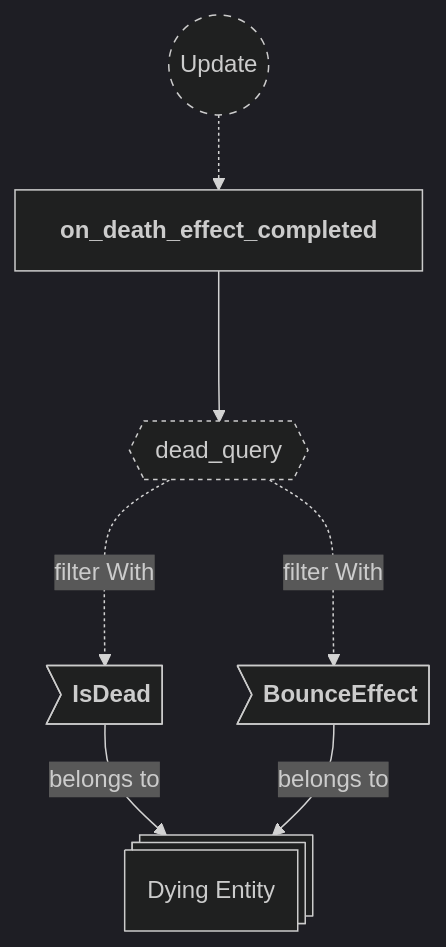
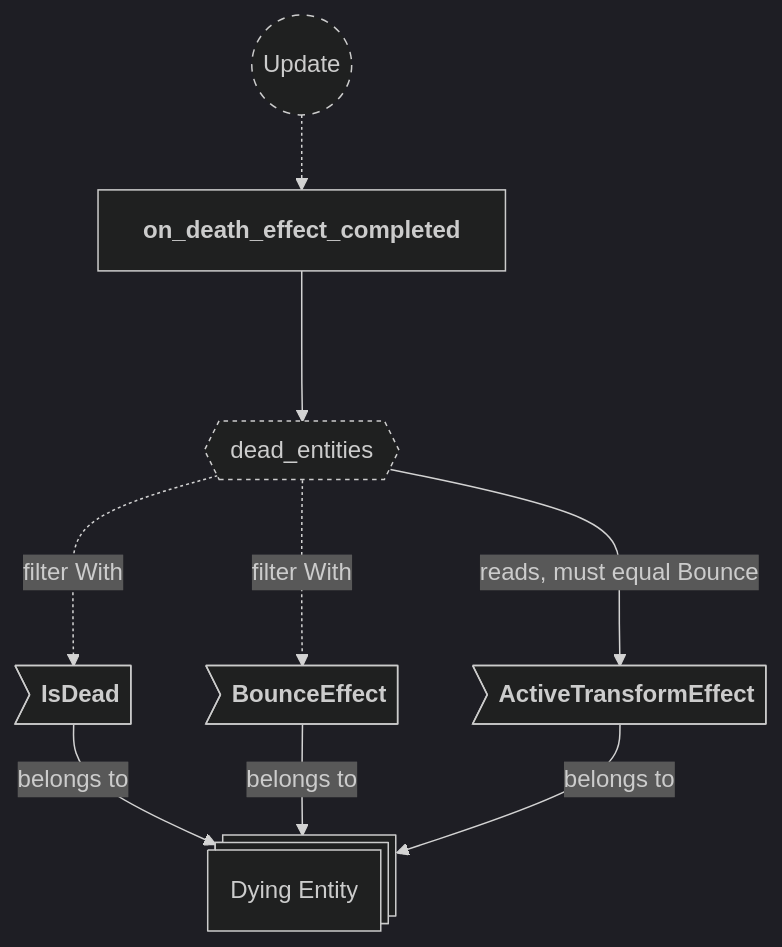
Diagram 17 of 25 in backlog/docs/doc-10 - 008-Effects-plugin.md (neurosoup/tyled), drawn with Mermaid before and after one commit. The commit also changed other lines of this file and 14 other files, not shown here.

First line of the commit message:
Add beam-origin illumination and fix knockback transform-effect race

````diff
--- a/backlog/docs/doc-10 - 008-Effects-plugin.md
+++ b/backlog/docs/doc-10 - 008-Effects-plugin.md
@@ -515,26 +733,28 @@
 ```mermaid
 ---
 config:
   theme: dark
 ---
 
 flowchart TD
 classDef system-group stroke-dasharray: 5 5
 classDef query stroke-dasharray: 3 3
 
 update(("`Update`")):::system-group
 on_death_effect_completed["`**on_death_effect_completed**`"]
 
 update -.-> on_death_effect_completed
 
-dead_query{{"`dead_query`"}}:::query
+dead_query{{"`dead_entities`"}}:::query
 on_death_effect_completed ---> dead_query
 
 dead_entity@{ shape: st-rect, label: "Dying Entity" }
 
 de_is_dead>"`**IsDead**`"] --> |belongs to| dead_entity
 de_bounce>"`**BounceEffect**`"] --> |belongs to| dead_entity
+de_active>"`**ActiveTransformEffect**`"] --> |belongs to| dead_entity
 
 dead_query -..-> |filter With| de_is_dead
 dead_query -..-> |filter With| de_bounce
+dead_query ---> |reads, must equal Bounce| de_active
 ```
````
